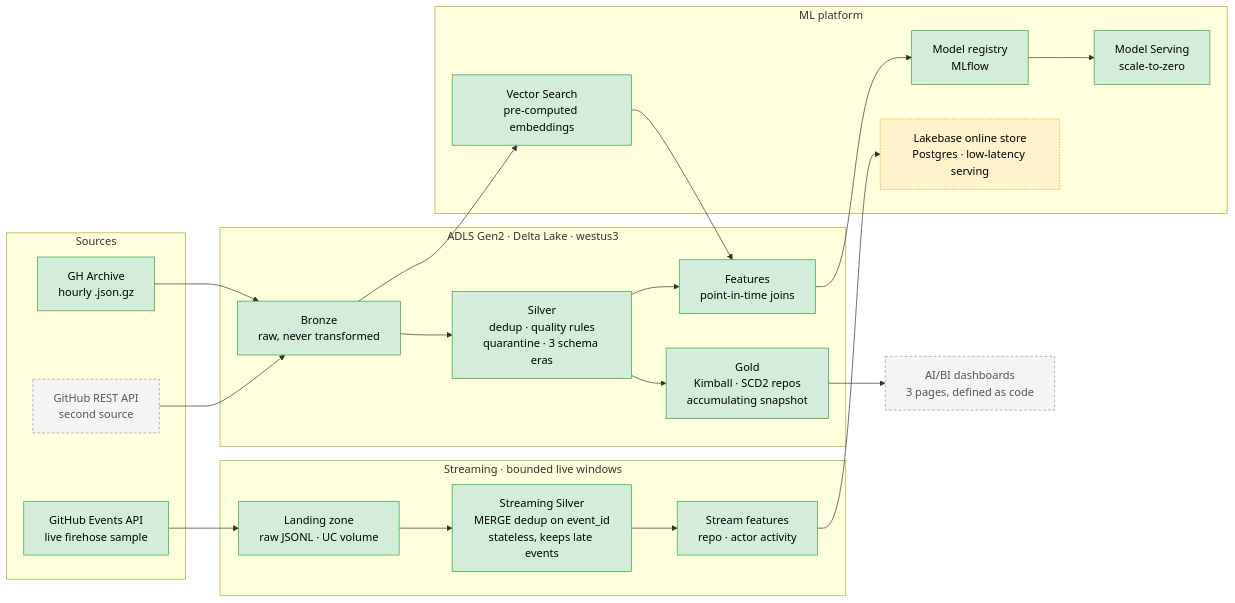
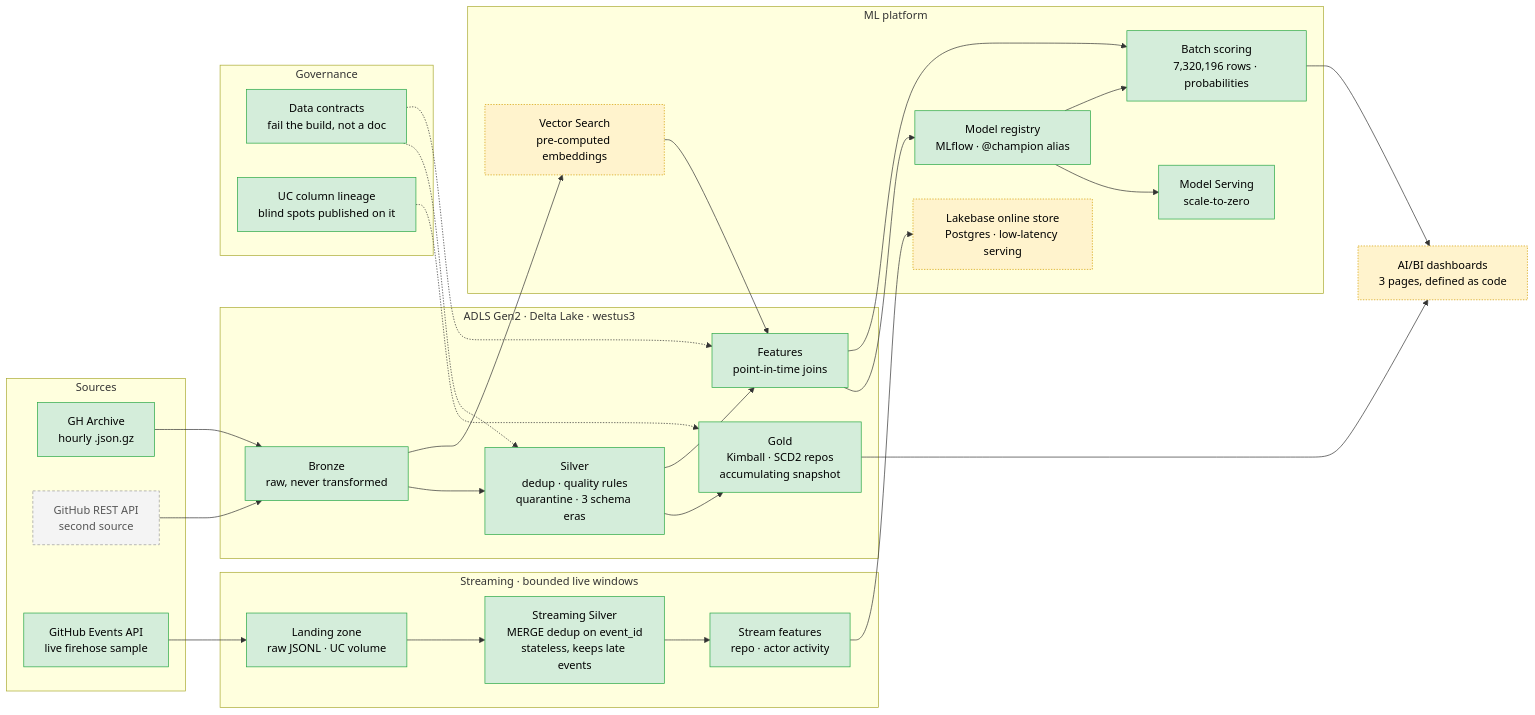
One commit to bsreecharanreddy/almanac changed the diagram in README.md. Above: the diagram before and after it, drawn with Mermaid. The commit also changed other lines of this file and 14 other files, not shown here.

````diff
--- a/README.md
+++ b/README.md
@@ -199,46 +203,58 @@
 ```mermaid
 flowchart LR
   subgraph src[Sources]
     GHA[GH Archive<br/>hourly .json.gz]
     API[GitHub REST API<br/>second source]
     EV[GitHub Events API<br/>live firehose sample]
   end
 
   subgraph lake[ADLS Gen2 · Delta Lake · westus3]
     B[Bronze<br/>raw, never transformed]
     S[Silver<br/>dedup · quality rules<br/>quarantine · 3 schema eras]
     G[Gold<br/>Kimball · SCD2 repos<br/>accumulating snapshot]
     F[Features<br/>point-in-time joins]
   end
 
   subgraph stream[Streaming · bounded live windows]
     L[Landing zone<br/>raw JSONL · UC volume]
     SS[Streaming Silver<br/>MERGE dedup on event_id<br/>stateless, keeps late events]
     SF[Stream features<br/>repo · actor activity]
   end
 
   subgraph ml[ML platform]
-    R[Model registry<br/>MLflow]
+    R[Model registry<br/>MLflow · @champion alias]
     E[Model Serving<br/>scale-to-zero]
+    P[Batch scoring<br/>7,320,196 rows · probabilities]
     V[Vector Search<br/>pre-computed embeddings]
     O[Lakebase online store<br/>Postgres · low-latency serving]
+  end
+
+  subgraph gov[Governance]
+    CT[Data contracts<br/>fail the build, not a doc]
+    LN[UC column lineage<br/>blind spots published on it]
   end
 
   GHA --> B
   API --> B
   B --> S
   S --> G
   S --> F
-  G --> BI[AI/BI dashboards<br/>3 pages, defined as code]
   F --> R --> E
+  R --> P
+  F --> P
+  P --> BI[AI/BI dashboards<br/>3 pages, defined as code]
+  G --> BI
   B --> V
   V --> F
   EV --> L --> SS --> SF --> O
+  CT -.-> S
+  CT -.-> F
+  LN -.-> G
 
   classDef done fill:#d4edda,stroke:#28a745,color:#000
   classDef todo fill:#f4f4f4,stroke:#999,color:#555,stroke-dasharray:4 3
   classDef gone fill:#fff3cd,stroke:#d39e00,color:#000,stroke-dasharray:2 2
-  class GHA,B,S,G,F,R,E,V,EV,L,SS,SF done
-  class API,BI todo
-  class O gone
+  class GHA,B,S,G,F,R,E,P,EV,L,SS,SF,CT,LN done
+  class API todo
+  class V,O,BI gone
 ```
````
